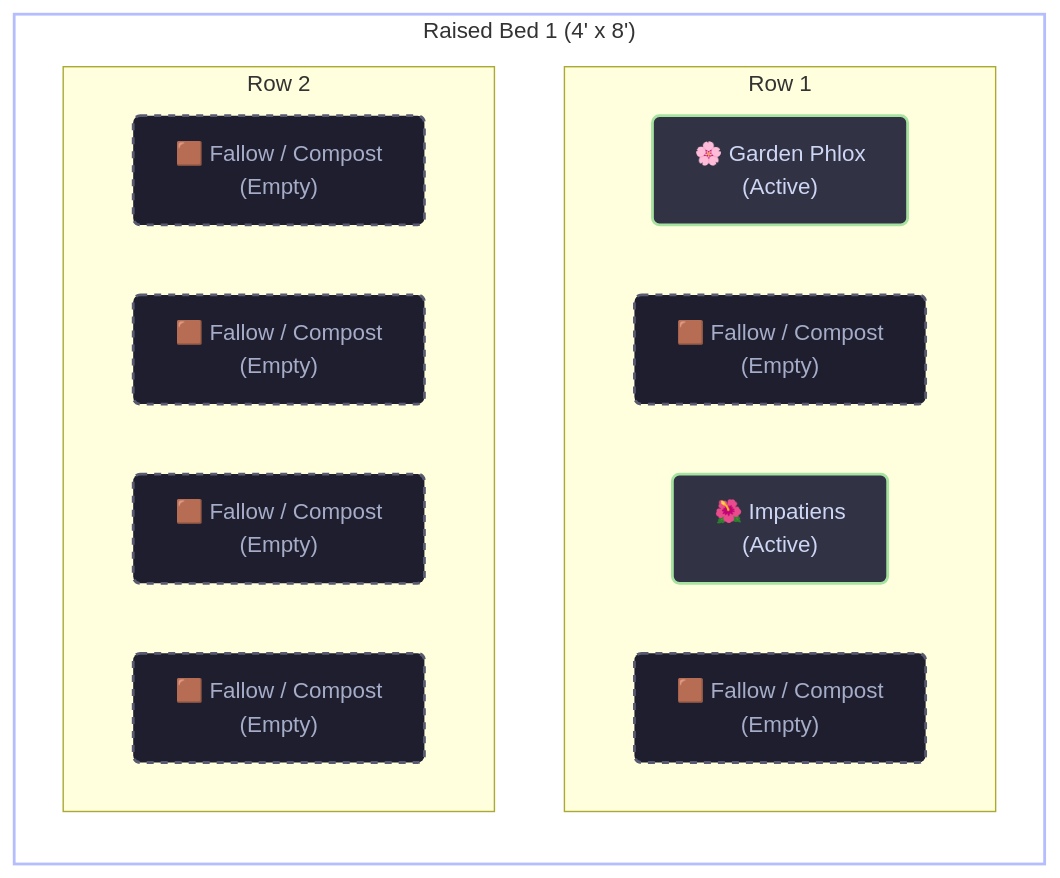
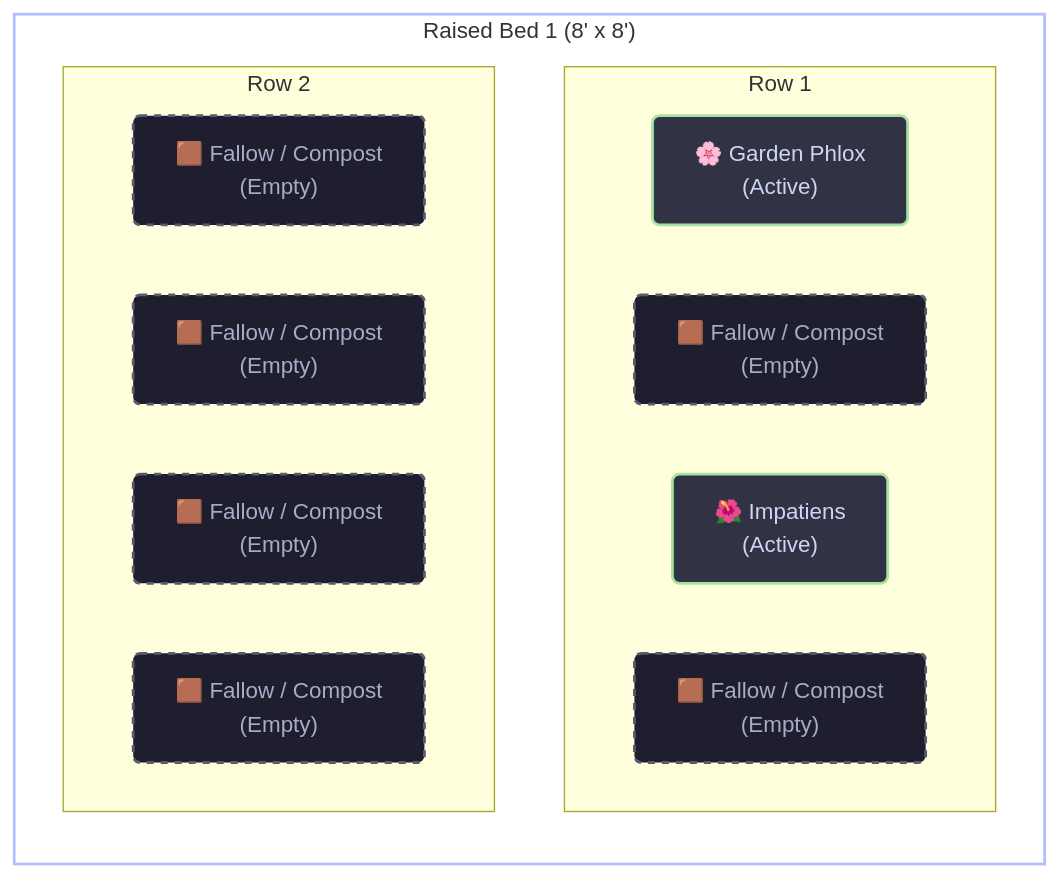
One commit to nicholaswilde/gardening changed the diagram in docs/beds/raised-bed-1.md. Above: the diagram before and after it, drawn with Mermaid. The commit also changed other lines of this file and 2 other files, not shown here.

Commit message:
docs(beds): Update dimensions of all 3 raised beds to 8' x 8' x 1.5'

````diff
--- a/docs/beds/raised-bed-1.md
+++ b/docs/beds/raised-bed-1.md
@@ -15,33 +15,33 @@
 ```mermaid
 flowchart TD
-    subgraph Bed ["Raised Bed 1 (4' x 8')"]
+    subgraph Bed ["Raised Bed 1 (8' x 8')"]
         direction TB
         subgraph Row1 ["Row 1"]
             direction LR
             cell1_1["🌸 Garden Phlox<br>(Active)"]
             cell1_2["🟫 Fallow / Compost<br>(Empty)"]
             cell1_3["🌺 Impatiens<br>(Active)"]
             cell1_4["🟫 Fallow / Compost<br>(Empty)"]
         end
         subgraph Row2 ["Row 2"]
             direction LR
             cell2_1["🟫 Fallow / Compost<br>(Empty)"]
             cell2_2["🟫 Fallow / Compost<br>(Empty)"]
             cell2_3["🟫 Fallow / Compost<br>(Empty)"]
             cell2_4["🟫 Fallow / Compost<br>(Empty)"]
         end
     end
 
     style Bed fill:transparent,stroke:#b4befe,stroke-width:2px
     style cell1_1 fill:#313244,stroke:#a6e3a1,stroke-width:2px,color:#cdd6f4,rx:5,ry:5
     style cell1_2 fill:#1e1e2e,stroke:#585b70,stroke-width:2px,color:#a6adc8,stroke-dasharray: 5 5,rx:5,ry:5
     style cell1_3 fill:#313244,stroke:#a6e3a1,stroke-width:2px,color:#cdd6f4,rx:5,ry:5
     style cell1_4 fill:#1e1e2e,stroke:#585b70,stroke-width:2px,color:#a6adc8,stroke-dasharray: 5 5,rx:5,ry:5
     style cell2_1 fill:#1e1e2e,stroke:#585b70,stroke-width:2px,color:#a6adc8,stroke-dasharray: 5 5,rx:5,ry:5
     style cell2_2 fill:#1e1e2e,stroke:#585b70,stroke-width:2px,color:#a6adc8,stroke-dasharray: 5 5,rx:5,ry:5
     style cell2_3 fill:#1e1e2e,stroke:#585b70,stroke-width:2px,color:#a6adc8,stroke-dasharray: 5 5,rx:5,ry:5
     style cell2_4 fill:#1e1e2e,stroke:#585b70,stroke-width:2px,color:#a6adc8,stroke-dasharray: 5 5,rx:5,ry:5
 
     click cell1_3 "../plants/impatiens.md" "Impatiens Profile"
     click cell1_1 "../plants/garden-phlox.md" "Garden Phlox Profile"
 ```
````
